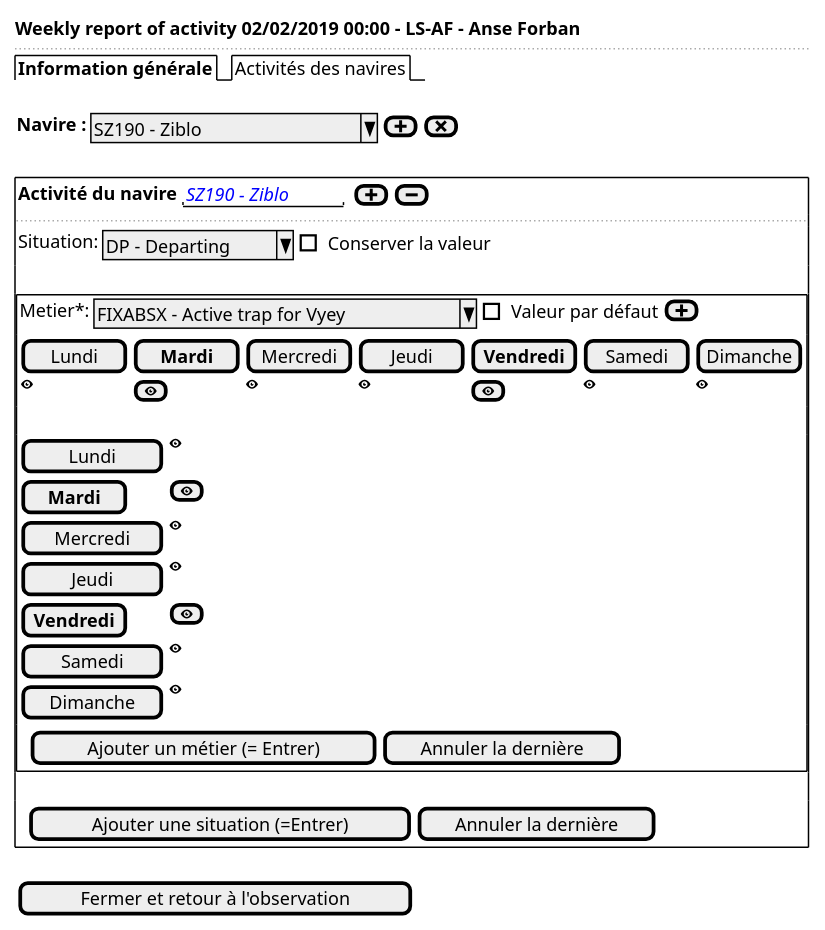
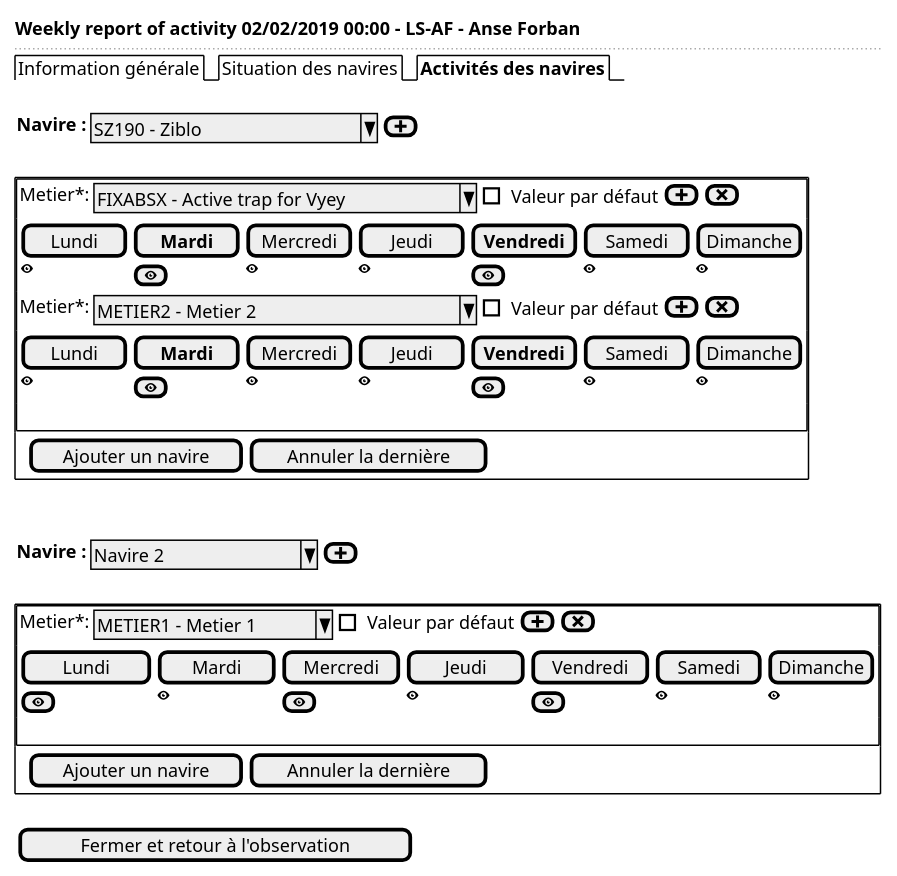
One commit to sumaris-net/sumaris-doc changed the diagram in use-case/collect/trip/weekly-ui-activity-desktop.puml. Above: the diagram before and after it, drawn with PlantUML. The commit also changed 3 other files, not shown here.

```diff
--- a/use-case/collect/trip/weekly-ui-activity-desktop.puml
+++ b/use-case/collect/trip/weekly-ui-activity-desktop.puml
@@ -1,41 +1,46 @@
 @startsalt
 {
   <b>Weekly report of activity 02/02/2019 00:00 - LS-AF - Anse Forban
   ..
-  {/ <b>Information générale | Activités des navires }
+  {/ Information générale | Situation des navires | <b>Activités des navires }
   .
-  {<b>Navire :            | { ^SZ190 - Ziblo         ^ | [<&plus>] | [<&x>]}}
+  {<b>Navire :            | { ^SZ190 - Ziblo         ^ | [<&plus>]}}
   .
   {+
-    {<b>Activité du navire</b> | { "<color:blue><i>SZ190 - Ziblo"} {[<&plus>] | [<&minus>]}}
-    ..
-    {
-        Situation:   | { ^DP - Departing^ | [] Conserver la valeur }
-    }
-    .
     {+
-        {Metier*:        | { ^FIXABSX - Active trap for Vyey^ | [] Valeur par défaut }  | [<&plus>]}
+        {Metier*:        | { ^FIXABSX - Active trap for Vyey^ | [] Valeur par défaut }  | [<&plus>]| [<&x>]}
+
+        {
+            [Lundi   ] | [<b>Mardi   ] | [Mercredi] | [Jeudi   ] | [<b>Vendredi] | [Samedi  ] | [Dimanche]
+            <&eye>     | [<&eye>]      | <&eye>     | <&eye>     | [<&eye>]      | <&eye>     | <&eye>
+        }
+        {Metier*:        | { ^METIER2 - Metier 2            ^ | [] Valeur par défaut }  | [<&plus>]| [<&x>]}
 
         {
             [Lundi   ] | [<b>Mardi   ] | [Mercredi] | [Jeudi   ] | [<b>Vendredi] | [Samedi  ] | [Dimanche]
             <&eye>     | [<&eye>]      | <&eye>     | <&eye>     | [<&eye>]      | <&eye>     | <&eye>
         }
         .
+    }
+        {. |  {[Ajouter un navire] | [Annuler la dernière]}}
+  }
+  .
+  .
+  {<b>Navire :            | { ^Navire 2         ^ | [<&plus>]}}
+  .
+  {+
+    {+
+        {Metier*:        | { ^METIER1 - Metier 1^ | [] Valeur par défaut }  | [<&plus>]| [<&x>]}
+
         {
-            [Lundi      ]   | <&eye>
-            [<b>Mardi   ]   | [<&eye>]
-            [Mercredi   ]   | <&eye>
-            [Jeudi      ]   | <&eye>
-            [<b>Vendredi]   | [<&eye>]
-            [Samedi     ]   | <&eye>
-            [Dimanche   ]   | <&eye>
+            [Lundi     ] | [Mardi    ] | [Mercredi ] | [Jeudi    ] | [Vendredi ] | [Samedi  ] | [Dimanche]
+            [<&eye>]     | <&eye>     | [<&eye>]    | <&eye>     | [<&eye>]      | <&eye>     | <&eye>
         }
-        {. | {[Ajouter un métier (= Entrer)] | [Annuler la dernière]}}
+        .
     }
-    .
-        {. |  {[Ajouter une situation (=Entrer)] | [Annuler la dernière]}}
+        {. |  {[Ajouter un navire] | [Annuler la dernière]}}
   }
   .
   {[Fermer et retour à l'observation]}
 }
 @endsalt
```
